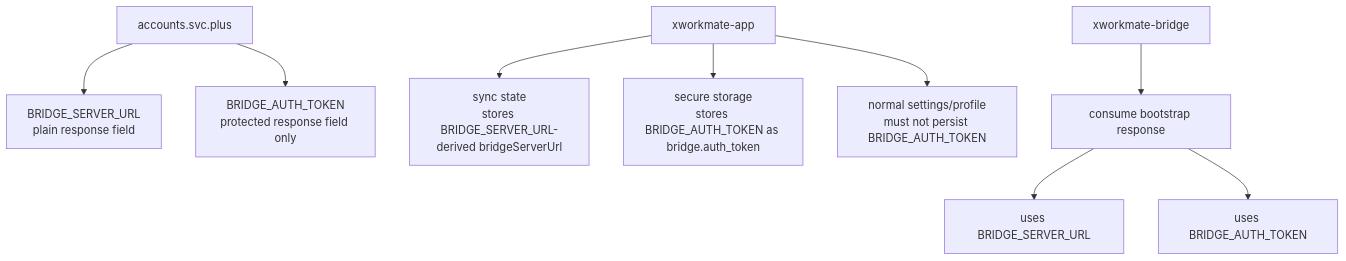
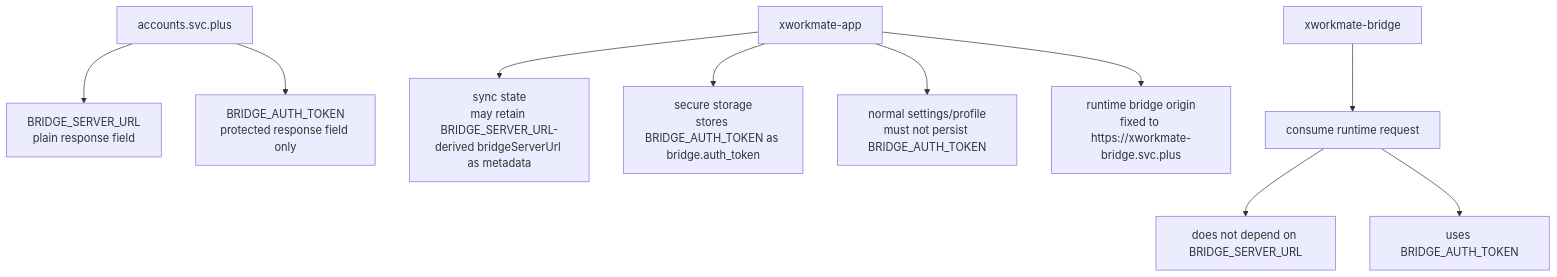
One commit to ai-workspace-lab/xworkmate-app changed the second of 4 diagrams in docs/testing/bridge-sync-contract-chain.md. Above: the diagram before and after it, drawn with Mermaid. The commit also changed other lines of this file and 25 other files, not shown here.

````diff
--- a/docs/testing/bridge-sync-contract-chain.md
+++ b/docs/testing/bridge-sync-contract-chain.md
@@ -35,13 +35,14 @@
 ```mermaid
 flowchart TD
     A["accounts.svc.plus"] --> A1["BRIDGE_SERVER_URL\nplain response field"]
     A --> A2["BRIDGE_AUTH_TOKEN\nprotected response field only"]
 
-    B["xworkmate-app"] --> B1["sync state\nstores BRIDGE_SERVER_URL-derived bridgeServerUrl"]
+    B["xworkmate-app"] --> B1["sync state\nmay retain BRIDGE_SERVER_URL-derived bridgeServerUrl as metadata"]
     B --> B2["secure storage\nstores BRIDGE_AUTH_TOKEN as bridge.auth_token"]
     B --> B3["normal settings/profile\nmust not persist BRIDGE_AUTH_TOKEN"]
+    B --> B4["runtime bridge origin\nfixed to https://xworkmate-bridge.svc.plus"]
 
-    C["xworkmate-bridge"] --> C1["consume bootstrap response"]
-    C1 --> C2["uses BRIDGE_SERVER_URL"]
+    C["xworkmate-bridge"] --> C1["consume runtime request"]
+    C1 --> C2["does not depend on BRIDGE_SERVER_URL"]
     C1 --> C3["uses BRIDGE_AUTH_TOKEN"]
 ```
````
